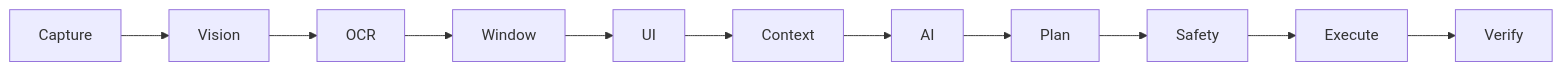
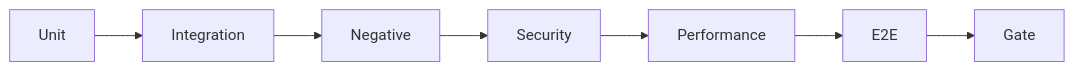
Before and after one commit to Ratandeep-purohit/OmniSense-AI: the fourth of 5 diagrams in PHASE/17_FULL_INTEGRATION.md, drawn with Mermaid. The commit also changed other lines of this file, not shown here.

Commit message:
docs: replace integration note with full engineering specification

````diff
--- a/PHASE/17_FULL_INTEGRATION.md
+++ b/PHASE/17_FULL_INTEGRATION.md
@@ -18,24 +1685,4 @@
 ```mermaid
 flowchart LR
-A0[Capture]
-A1[Vision]
-A2[OCR]
-A3[Window]
-A4[UI]
-A5[Context]
-A6[AI]
-A7[Plan]
-A8[Safety]
-A9[Execute]
-A10[Verify]
-A0 --> A1
-A1 --> A2
-A2 --> A3
-A3 --> A4
-A4 --> A5
-A5 --> A6
-A6 --> A7
-A7 --> A8
-A8 --> A9
-A9 --> A10
+U[Unit] --> I[Integration] --> N[Negative] --> S[Security] --> P[Performance] --> E[E2E] --> G[Gate]
 ```
````
